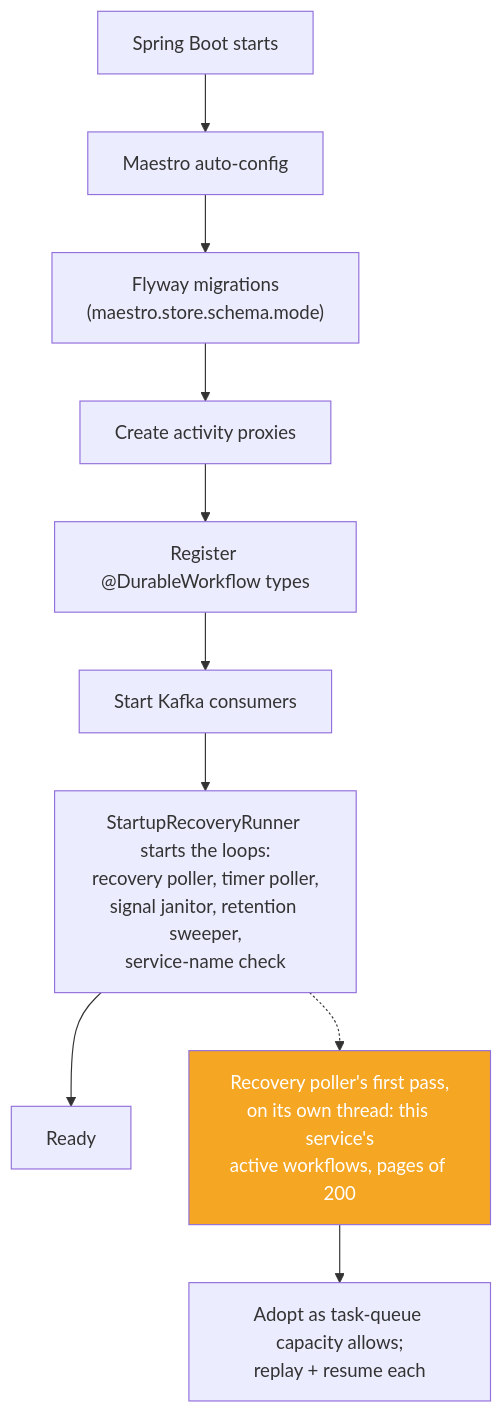
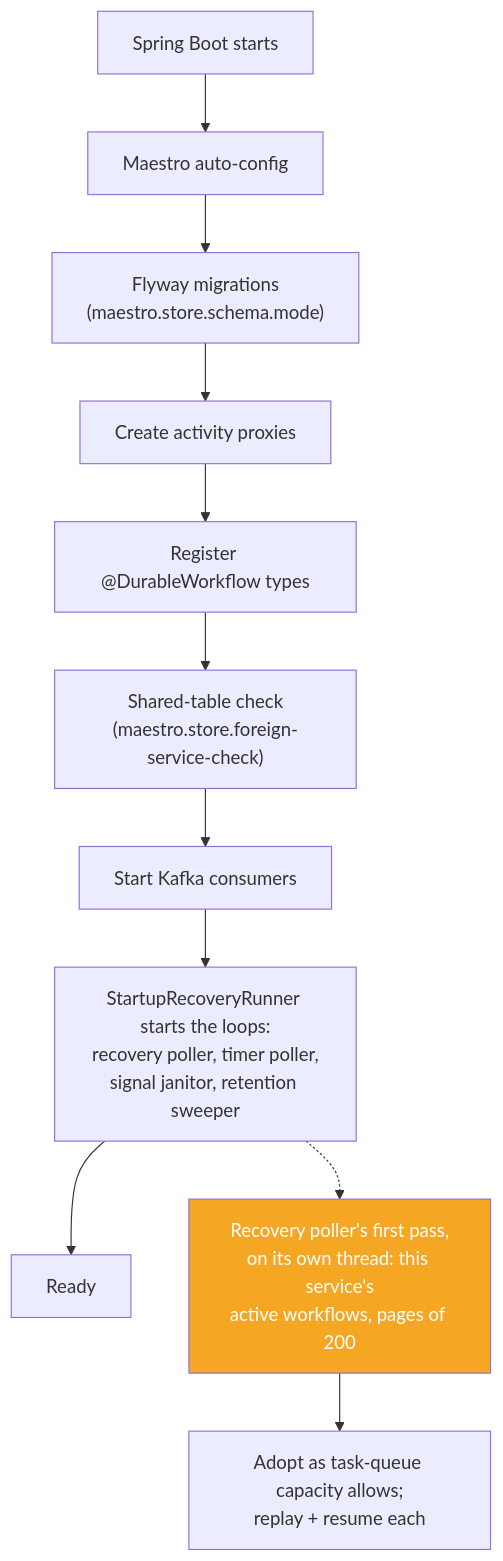
Before and after one commit to rakheen-dama/maestro: diagram 15 of 15 in docs/maestro-architecture.md, drawn with Mermaid. The commit also changed other lines of this file and 10 other files, not shown here.

````diff
--- a/docs/maestro-architecture.md
+++ b/docs/maestro-architecture.md
@@ -612,14 +612,15 @@
 ```mermaid
 flowchart TD
     A["Spring Boot starts"] --> B["Maestro auto-config"]
     B --> C["Flyway migrations<br/>(maestro.store.schema.mode)"]
     C --> E["Create activity proxies"]
     E --> D["Register @DurableWorkflow types"]
-    D --> F["Start Kafka consumers"]
-    F --> G["StartupRecoveryRunner starts the loops:<br/>recovery poller, timer poller,<br/>signal janitor, retention sweeper,<br/>service-name check"]
+    D --> S["Shared-table check<br/>(maestro.store.foreign-service-check)"]
+    S --> F["Start Kafka consumers"]
+    F --> G["StartupRecoveryRunner starts the loops:<br/>recovery poller, timer poller,<br/>signal janitor, retention sweeper"]
     G --> L["Ready"]
     G -.-> R["Recovery poller's first pass,<br/>on its own thread: this service's<br/>active workflows, pages of 200"]
     R --> J["Adopt as task-queue capacity allows;<br/>replay + resume each"]
 
     style R fill:#F5A623,color:#fff
 ```
````
